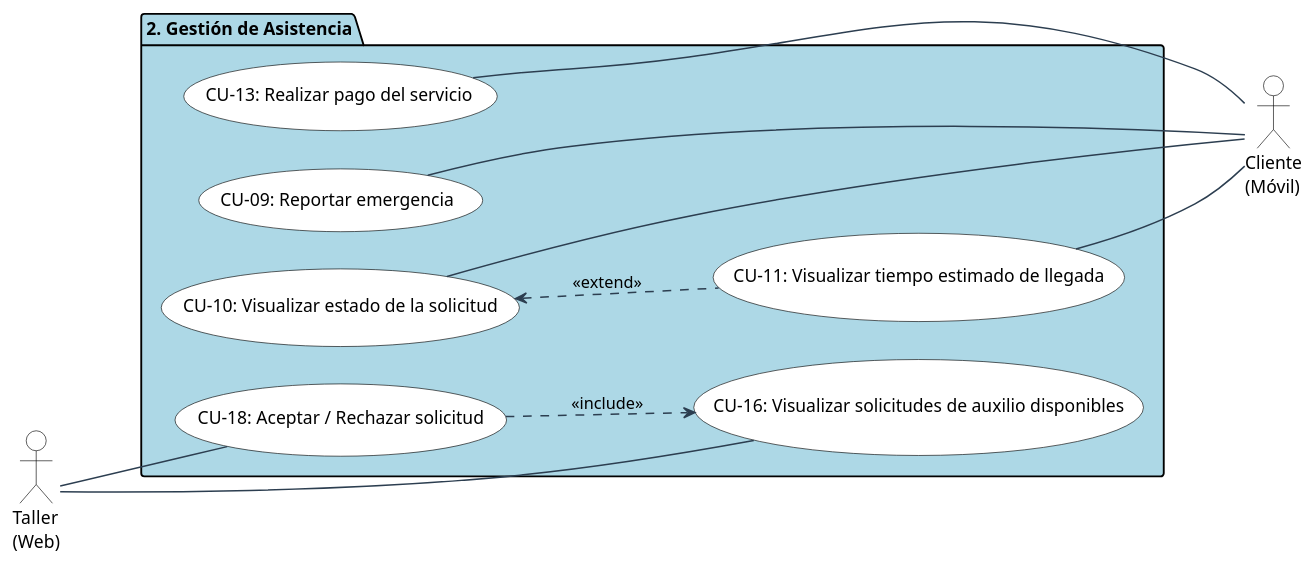
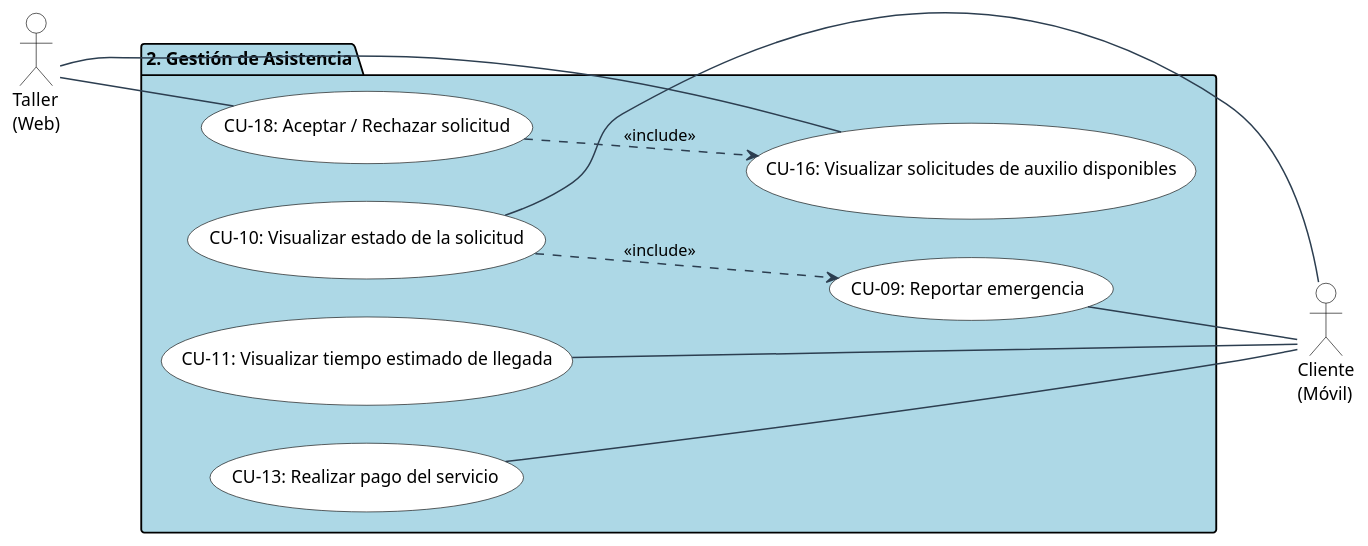
One commit to iAngie28/emergencia.vehicular changed the diagram in uml/arquitectura_sistema/Encap_paq_2.puml. Above: the diagram before and after it, drawn with PlantUML. The commit also changed 147 other files, not shown here.

```diff
--- a/uml/arquitectura_sistema/Encap_paq_2.puml
+++ b/uml/arquitectura_sistema/Encap_paq_2.puml
@@ -1,48 +1,48 @@
 @startuml
 left to right direction
 
 skinparam shadowing false
 skinparam packageStyle strictuml
 skinparam nodesep 30
 skinparam ranksep 80
 
 skinparam usecase {
   BackgroundColor White
   BorderColor Black
 }
 skinparam actor {
   BackgroundColor White
   BorderColor Black
 }
 skinparam arrow {
   Color #2c3e50
   Thickness 1.2
 }
 
 actor "Taller\n(Web)" as Taller
 actor "Cliente\n(Móvil)" as Cliente
 
 package "2. Gestión de Asistencia" #LightBlue {
     usecase "CU-09: Reportar emergencia" as CU9
     usecase "CU-10: Visualizar estado de la solicitud" as CU10
     usecase "CU-11: Visualizar tiempo estimado de llegada" as CU11
     usecase "CU-13: Realizar pago del servicio" as CU13
     usecase "CU-16: Visualizar solicitudes de auxilio disponibles" as CU16
     usecase "CU-18: Aceptar / Rechazar solicitud" as CU18
 
     ' Relaciones de dependencia UML 2.5
     CU18 ..> CU16 : <<include>>
-    CU10 <.. CU11 : <<extend>>
+    CU10 ..> CU9 : <<include>>
 }
 
 ' Relaciones del Taller
 Taller -- CU16
 Taller -- CU18
 
 ' Relaciones del Cliente
 CU9 -- Cliente
 CU10 -- Cliente
 CU11 -- Cliente
 CU13 -- Cliente
 
 @enduml
```
